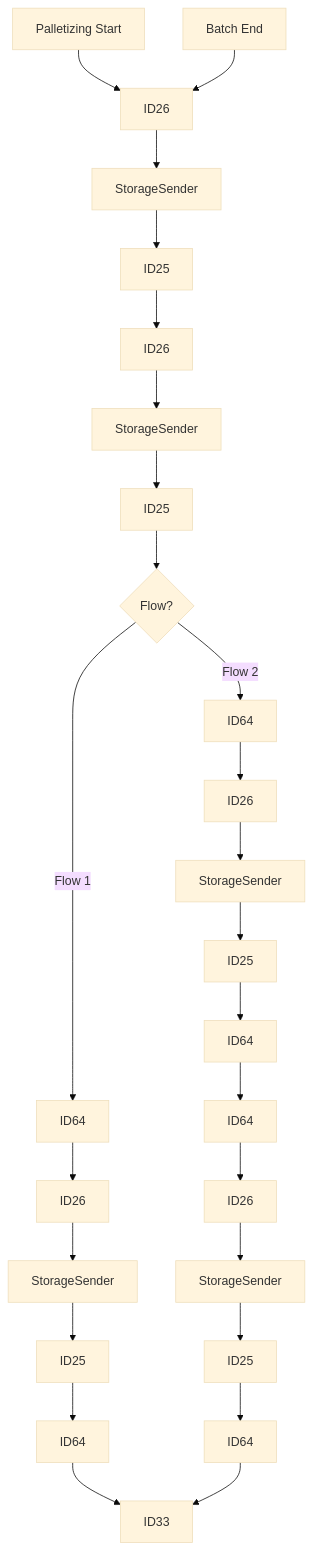
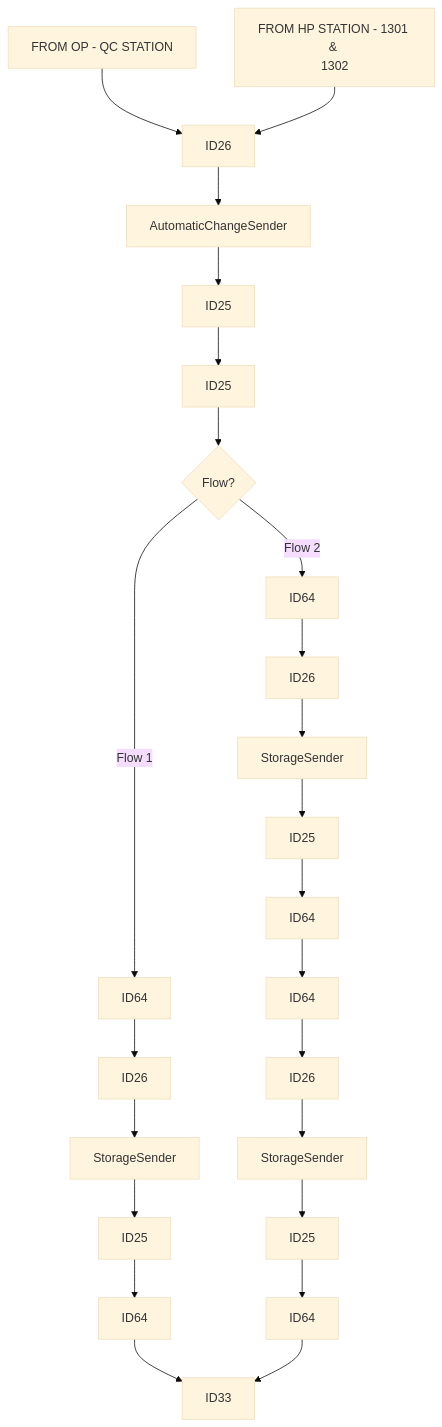
Before and after one commit to luthfiadityaa/SimeDarby-Wiki: the diagram in Basic-Design/DFD-WMS/Storage/Unplanned-Storage.md, drawn with Mermaid (base theme).

Commit message:
Updated Unplanned Storage

```diff
--- a/Basic-Design/DFD-WMS/Storage/Unplanned-Storage.md
+++ b/Basic-Design/DFD-WMS/Storage/Unplanned-Storage.md
@@ -5,16 +5,16 @@
 ::: mermaid
 flowchart TD
   
-P1[Palletizing Start]-->P2[ID26]-->P3[StorageSender]-->P4[ID25]
-P4[ID25]-->P5[ID26]-->P6[StorageSender]-->P7[ID25]
+P1[FROM OP - QC STATION]-->P2[ID26]-->P3[AutomaticChangeSender]-->P4[ID25]-->P7[ID25]
 P7[ID25]-->Cond1{Flow?} 
 Cond1 --> |Flow 1| P8[ID64]
 Cond1 --> |Flow 2| P9[ID64]
 P8[ID64]-->P10[ID26]-->P11[StorageSender]-->P12[ID25]-->P13[ID64]
 P9[ID64]-->P15[ID26]-->P16[StorageSender]-->P17[ID25]-->P18[ID64]-->P19[ID64]-->P20[ID26]-->P21[StorageSender]-->P22[ID25]-->P23[ID64]
 
-P24[Batch End]-->P2[ID26]
+P24[FROM HP STATION - 1301 & 
+1302]-->P2[ID26]
 
 P13[ID64]-->P14[ID33]
 P23[ID64]-->P14[ID33]
 :::
```
